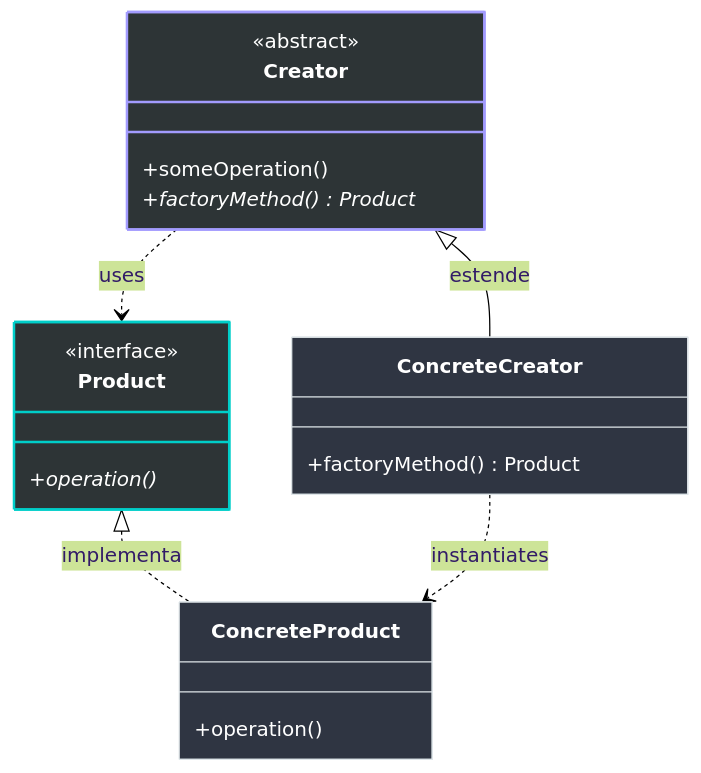
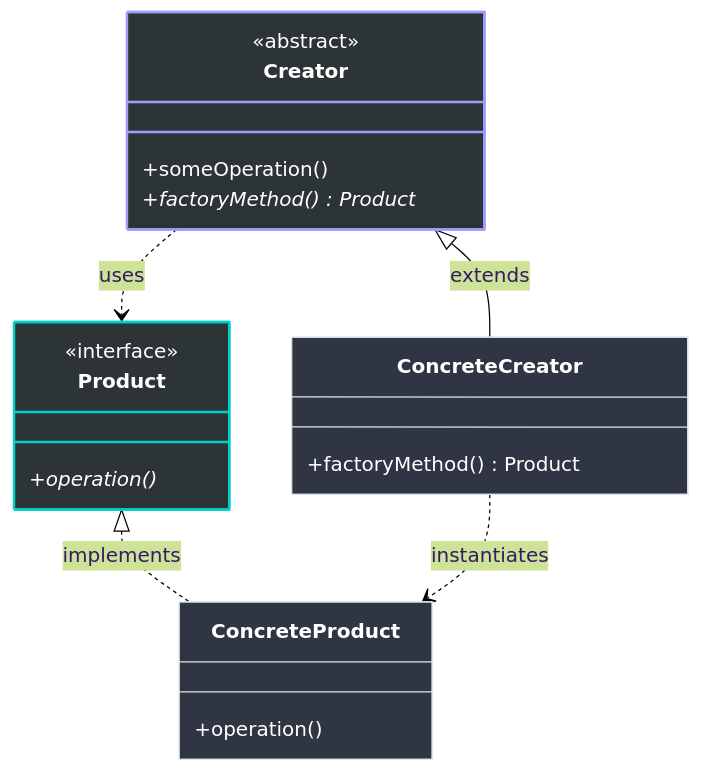
Before and after one commit to lucadileo9/design-pattern: the first of 3 diagrams in 01_creational/factory/README.md, drawn with Mermaid (forest theme). The commit also changed other lines of this file and 43 other files, not shown here.

````diff
--- a/01_creational/factory/README.md
+++ b/01_creational/factory/README.md
@@ -47,37 +47,37 @@
 ```mermaid
 classDiagram
     direction TD
 
     %% Parte dei Prodotti (L'interfaccia e ciò che viene creato)
     class Product {
         <<interface>>
         +operation()*
     }
     class ConcreteProduct {
         +operation()
     }
 
     %% Parte dei Creatori (La logica di istanziazione e business)
     class Creator {
         <<abstract>>
         +someOperation()
         +factoryMethod()* Product
     }
     class ConcreteCreator {
         +factoryMethod() Product
     }
 
     %% Relazioni Gerarchiche
-    Product <|.. ConcreteProduct : implementa
-    Creator <|-- ConcreteCreator : estende
+    Product <|.. ConcreteProduct : implements
+    Creator <|-- ConcreteCreator : extends
 
     %% Relazione di Dipendenza (Il cuore del pattern)
     ConcreteCreator ..> ConcreteProduct : instantiates
     Creator ..> Product : uses
 
     %% Styling Professionale Dark
     style Product fill:#2d3436,stroke:#00cec9,stroke-width:2px,color:#fff
     style Creator fill:#2d3436,stroke:#a29bfe,stroke-width:2px,color:#fff
     style ConcreteProduct fill:#2f3542,stroke:#dfe6e9,color:#fff
     style ConcreteCreator fill:#2f3542,stroke:#dfe6e9,color:#fff
 ```
````
